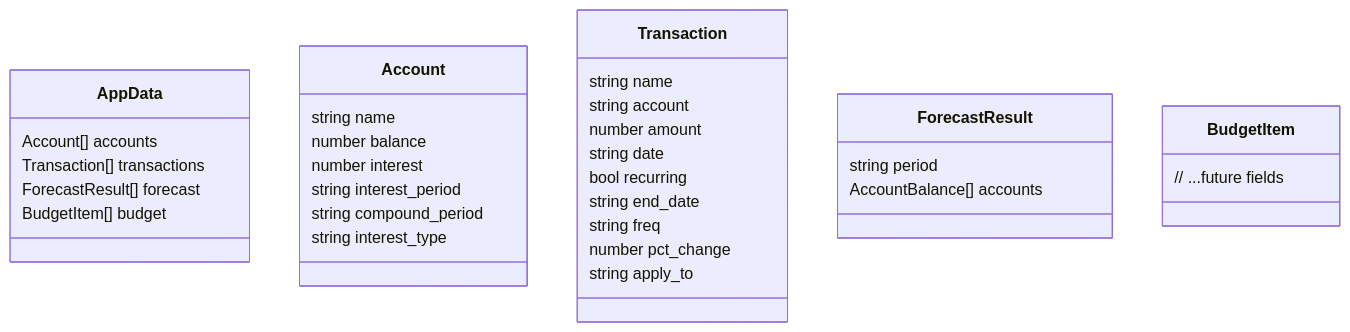
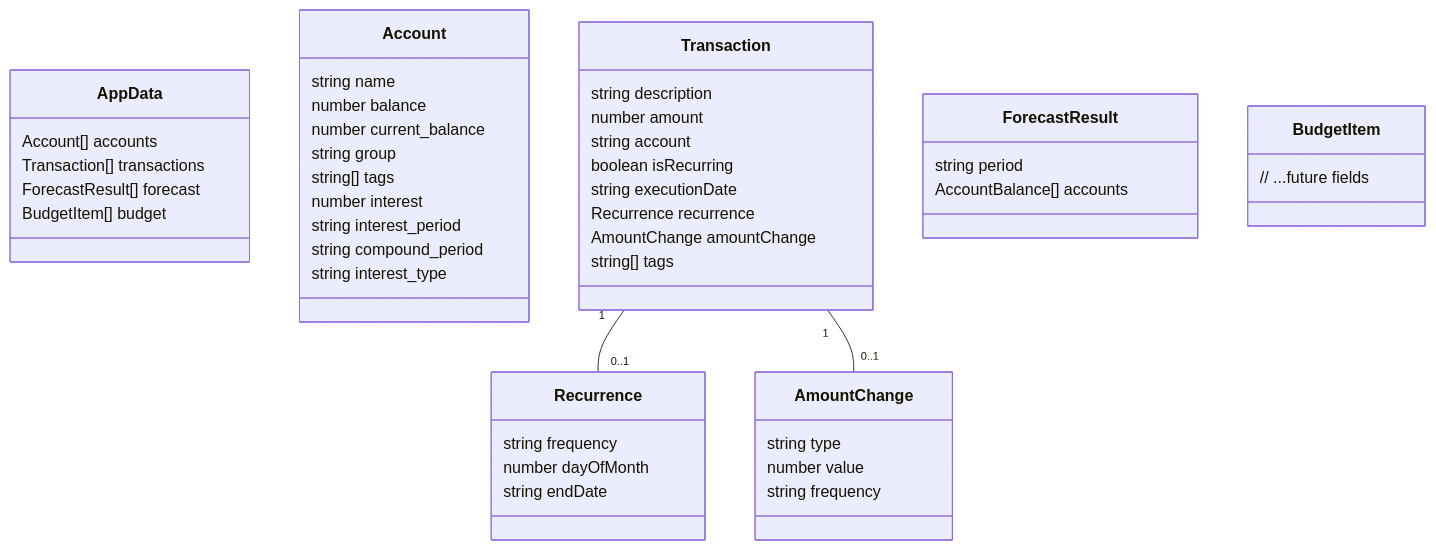
The second of 2 diagrams in Documentation/PROJECT_OVERVIEW.md (BicycleJeanre/ftrack), drawn with Mermaid before and after one commit. The commit also changed other lines of this file and 3 other files, not shown here.

````diff
--- a/Documentation/PROJECT_OVERVIEW.md
+++ b/Documentation/PROJECT_OVERVIEW.md
@@ -47,35 +49,50 @@
 ```mermaid
 classDiagram
   class AppData {
     Account[] accounts
     Transaction[] transactions
     ForecastResult[] forecast
     BudgetItem[] budget
   }
   class Account {
     string name
     number balance
+    number current_balance
+    string group
+    string[] tags
     number interest
     string interest_period
     string compound_period
     string interest_type
   }
   class Transaction {
-    string name
+    string description
+    number amount
     string account
-    number amount
-    string date
-    bool recurring
-    string end_date
-    string freq
-    number pct_change
-    string apply_to
+    boolean isRecurring
+    string executionDate
+    Recurrence recurrence
+    AmountChange amountChange
+    string[] tags
+  }
+  class Recurrence {
+    string frequency
+    number dayOfMonth
+    string endDate
+  }
+  class AmountChange {
+    string type
+    number value
+    string frequency
   }
   class ForecastResult {
     string period
     AccountBalance[] accounts
   }
   class BudgetItem {
     // ...future fields
   }
+
+  Transaction "1" -- "0..1" Recurrence
+  Transaction "1" -- "0..1" AmountChange
 ```
````
